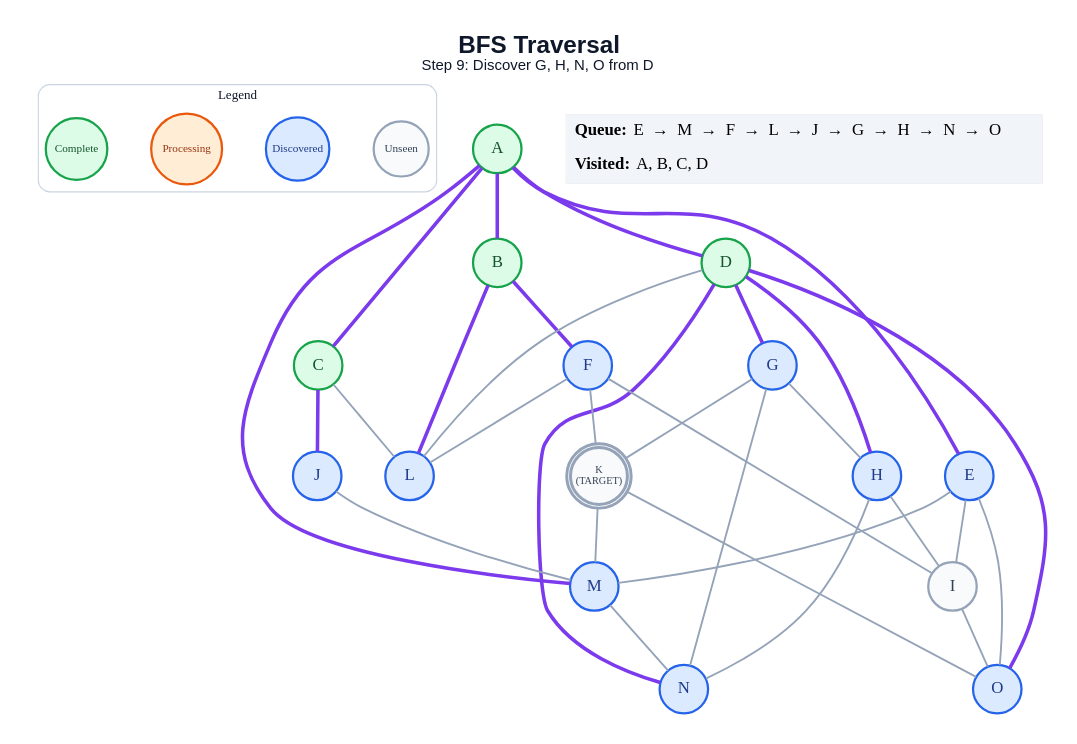
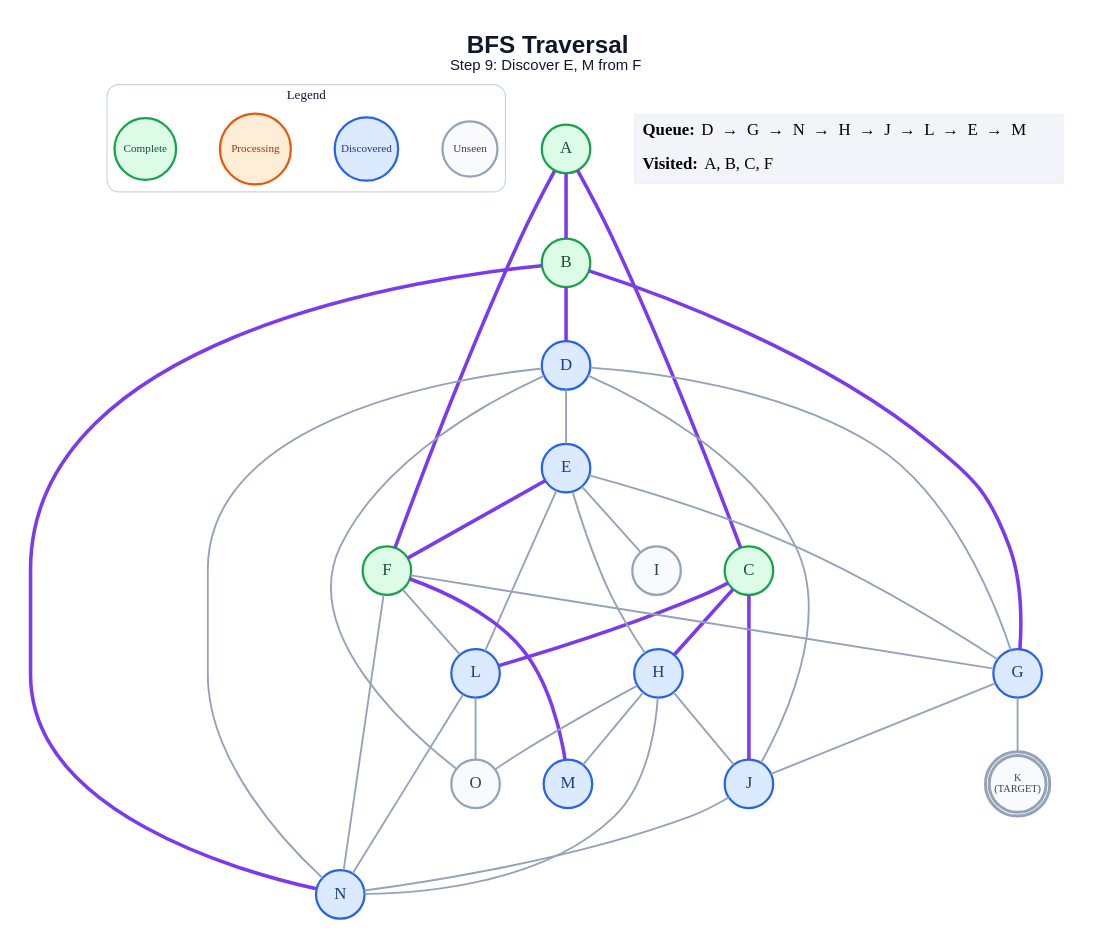
Before and after one commit to anon7238593-create/ai-slop: the diagram in generated/specific-node/bfs/step_09.dot, drawn with Graphviz. The commit also changed 309 other files, not shown here.

```diff
--- a/generated/specific-node/bfs/step_09.dot
+++ b/generated/specific-node/bfs/step_09.dot
@@ -1,64 +1,66 @@
 graph traversal {
   graph [layout=dot, rankdir=TB, bgcolor="#FFFFFF", pad="0.35", nodesep="0.65", ranksep="0.8", fontname="Arial"];
   node [shape=circle, style="filled", fontname="Arial Bold", fontsize=18, width=0.72, fixedsize=true, penwidth=2.4];
   edge [color="#94A3B8", penwidth=2.0];
-  label=<<B>BFS Traversal</B><BR/><FONT POINT-SIZE="16">Step 9: Discover G, H, N, O from D</FONT>>; labelloc="t"; fontsize=26; fontname="Arial"; fontcolor="#0F172A";
+  label=<<B>BFS Traversal</B><BR/><FONT POINT-SIZE="16">Step 9: Discover E, M from F</FONT>>; labelloc="t"; fontsize=26; fontname="Arial"; fontcolor="#0F172A";
   subgraph cluster_legend { label="Legend"; color="#CBD5E1"; penwidth=1.2; style="rounded"; fontsize=14; fontname="Arial Bold";
     key_unseen [label="Unseen", fillcolor="#F8FAFC", color="#94A3B8", fontcolor="#334155", fontsize=12, width=0.82];
     key_frontier [label="Discovered", fillcolor="#DBEAFE", color="#2563EB", fontcolor="#1E3A8A", fontsize=12, width=0.95];
     key_current [label="Processing", fillcolor="#FFEDD5", color="#EA580C", fontcolor="#9A3412", fontsize=12, width=1.05];
     key_done [label="Complete", fillcolor="#DCFCE7", color="#16A34A", fontcolor="#14532D", fontsize=12, width=0.92];
     { rank=same; key_unseen; key_frontier; key_current; key_done; }
   }
   A [label="A", fillcolor="#DCFCE7", color="#16A34A", fontcolor="#14532D", peripheries=1, penwidth=2.4];
   B [label="B", fillcolor="#DCFCE7", color="#16A34A", fontcolor="#14532D", peripheries=1, penwidth=2.4];
   C [label="C", fillcolor="#DCFCE7", color="#16A34A", fontcolor="#14532D", peripheries=1, penwidth=2.4];
-  D [label="D", fillcolor="#DCFCE7", color="#16A34A", fontcolor="#14532D", peripheries=1, penwidth=2.4];
+  D [label="D", fillcolor="#DBEAFE", color="#2563EB", fontcolor="#1E3A8A", peripheries=1, penwidth=2.4];
   E [label="E", fillcolor="#DBEAFE", color="#2563EB", fontcolor="#1E3A8A", peripheries=1, penwidth=2.4];
-  F [label="F", fillcolor="#DBEAFE", color="#2563EB", fontcolor="#1E3A8A", peripheries=1, penwidth=2.4];
+  F [label="F", fillcolor="#DCFCE7", color="#16A34A", fontcolor="#14532D", peripheries=1, penwidth=2.4];
   G [label="G", fillcolor="#DBEAFE", color="#2563EB", fontcolor="#1E3A8A", peripheries=1, penwidth=2.4];
   H [label="H", fillcolor="#DBEAFE", color="#2563EB", fontcolor="#1E3A8A", peripheries=1, penwidth=2.4];
   I [label="I", fillcolor="#F8FAFC", color="#94A3B8", fontcolor="#334155", peripheries=1, penwidth=2.4];
   J [label="J", fillcolor="#DBEAFE", color="#2563EB", fontcolor="#1E3A8A", peripheries=1, penwidth=2.4];
   K [label="K\n(TARGET)", fillcolor="#F8FAFC", color="#94A3B8", fontcolor="#334155", peripheries=2, penwidth=3.2, fontsize=11, width=0.85, height=0.85];
   L [label="L", fillcolor="#DBEAFE", color="#2563EB", fontcolor="#1E3A8A", peripheries=1, penwidth=2.4];
   M [label="M", fillcolor="#DBEAFE", color="#2563EB", fontcolor="#1E3A8A", peripheries=1, penwidth=2.4];
   N [label="N", fillcolor="#DBEAFE", color="#2563EB", fontcolor="#1E3A8A", peripheries=1, penwidth=2.4];
-  O [label="O", fillcolor="#DBEAFE", color="#2563EB", fontcolor="#1E3A8A", peripheries=1, penwidth=2.4];
+  O [label="O", fillcolor="#F8FAFC", color="#94A3B8", fontcolor="#334155", peripheries=1, penwidth=2.4];
   A -- B [color="#7C3AED", penwidth=3.8];
   A -- C [color="#7C3AED", penwidth=3.8];
-  A -- D [color="#7C3AED", penwidth=3.8];
-  A -- E [color="#7C3AED", penwidth=3.8];
-  A -- M [color="#7C3AED", penwidth=3.8];
-  B -- F [color="#7C3AED", penwidth=3.8];
-  B -- L [color="#7C3AED", penwidth=3.8];
+  A -- F [color="#7C3AED", penwidth=3.8];
+  B -- D [color="#7C3AED", penwidth=3.8];
+  B -- G [color="#7C3AED", penwidth=3.8];
+  B -- N [color="#7C3AED", penwidth=3.8];
+  C -- H [color="#7C3AED", penwidth=3.8];
   C -- J [color="#7C3AED", penwidth=3.8];
-  C -- L;
-  D -- G [color="#7C3AED", penwidth=3.8];
-  D -- H [color="#7C3AED", penwidth=3.8];
-  D -- L;
-  D -- N [color="#7C3AED", penwidth=3.8];
-  D -- O [color="#7C3AED", penwidth=3.8];
+  C -- L [color="#7C3AED", penwidth=3.8];
+  D -- E;
+  D -- G;
+  D -- J;
+  D -- N;
+  D -- O;
+  E -- F [color="#7C3AED", penwidth=3.8];
+  E -- G;
+  E -- H;
   E -- I;
-  E -- M;
-  E -- O;
-  F -- I;
-  F -- K;
+  E -- L;
+  F -- G;
   F -- L;
-  G -- H;
+  F -- M [color="#7C3AED", penwidth=3.8];
+  F -- N;
+  G -- J;
   G -- K;
-  G -- N;
-  H -- I;
+  H -- J;
+  H -- M;
   H -- N;
-  I -- O;
-  J -- M;
-  K -- M;
-  K -- O;
-  M -- N;
+  H -- O;
+  J -- N;
+  L -- N;
+  L -- O;
   status [shape=plain, fixedsize=false, width=0, height=0, margin=0, label=<
     <TABLE BORDER="0" CELLBORDER="0" CELLPADDING="7" BGCOLOR="#F1F5F9">
-      <TR><TD ALIGN="LEFT"><B>Queue:</B> E  →  M  →  F  →  L  →  J  →  G  →  H  →  N  →  O</TD></TR>
-      <TR><TD ALIGN="LEFT"><B>Visited:</B> A, B, C, D</TD></TR>
+      <TR><TD ALIGN="LEFT"><B>Queue:</B> D  →  G  →  N  →  H  →  J  →  L  →  E  →  M</TD></TR>
+      <TR><TD ALIGN="LEFT"><B>Visited:</B> A, B, C, F</TD></TR>
     </TABLE>
   >];
 }
```
